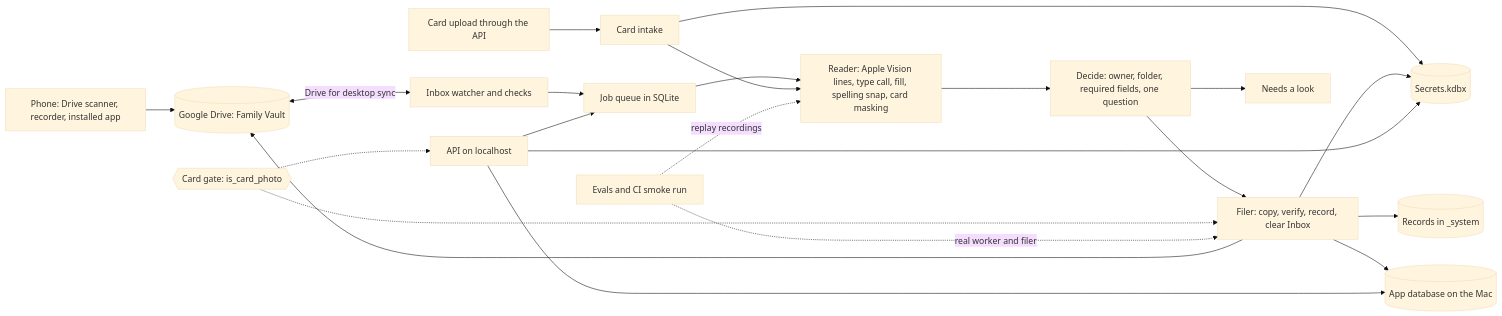
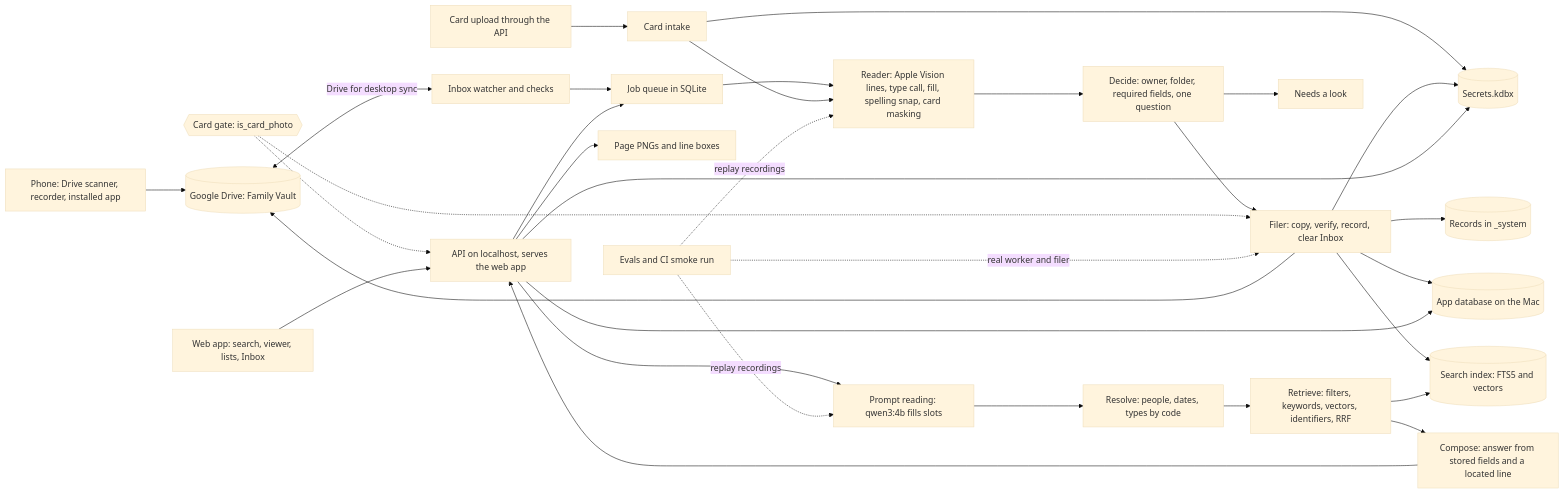
One commit to Varun-Kambali/household-docs-vault changed the diagram in docs/architecture.md. Above: the diagram before and after it, drawn with Mermaid (base theme). The commit also changed other lines of this file, not shown here.

Commit message:
docs(architecture): add the M3 search path, web app and pages

````diff
--- a/docs/architecture.md
+++ b/docs/architecture.md
@@ -7,24 +7,34 @@
 ```mermaid
 flowchart LR
   P[Phone: Drive scanner, recorder, installed app] --> D[(Google Drive: Family Vault)]
   D <-->|Drive for desktop sync| W[Inbox watcher and checks]
   UP[Card upload through the API] --> CI[Card intake]
   W --> Q[Job queue in SQLite]
   Q --> R[Reader: Apple Vision lines, type call, fill, spelling snap, card masking]
   CI --> R
   R --> DEC[Decide: owner, folder, required fields, one question]
   DEC --> F[Filer: copy, verify, record, clear Inbox]
   DEC --> NAL[Needs a look]
   CI --> K[(Secrets.kdbx)]
   F --> K
   F --> REC[(Records in _system)]
   F --> DB[(App database on the Mac)]
+  F --> IDX[(Search index: FTS5 and vectors)]
   F --> D
   G{{Card gate: is_card_photo}} -.-> F
   G -.-> API
-  API[API on localhost] --> DB
+  API[API on localhost, serves the web app] --> DB
   API --> Q
   API --> K
+  WEB[Web app: search, viewer, lists, Inbox] --> API
+  API --> PR[Prompt reading: qwen3:4b fills slots]
+  PR --> RES[Resolve: people, dates, types by code]
+  RES --> RET[Retrieve: filters, keywords, vectors, identifiers, RRF]
+  RET --> IDX
+  RET --> CMP[Compose: answer from stored fields and a located line]
+  CMP --> API
+  API --> PG[Page PNGs and line boxes]
   EV[Evals and CI smoke run] -. replay recordings .-> R
+  EV -. replay recordings .-> PR
   EV -. real worker and filer .-> F
 ```
````
